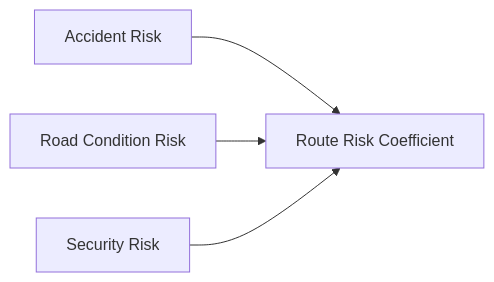
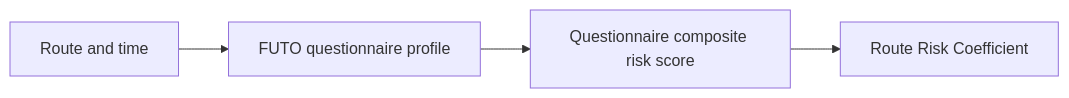
The third of 11 diagrams in README.md (thetruesammyjay/distance-risk-pricing), drawn with Mermaid before and after one commit. The commit also changed other lines of this file and 37 other files, not shown here.

Commit message:
Update risk model and Chapter Four diagrams

````diff
--- a/README.md
+++ b/README.md
@@ -151,6 +152,6 @@
 ```mermaid
 flowchart LR
-    A[Accident Risk] --> D[Route Risk Coefficient]
-    B[Road Condition Risk] --> D
-    C[Security Risk] --> D
+    A[Route and time] --> B[FUTO questionnaire profile]
+    B --> C[Questionnaire composite risk score]
+    C --> D[Route Risk Coefficient]
 ```
````
